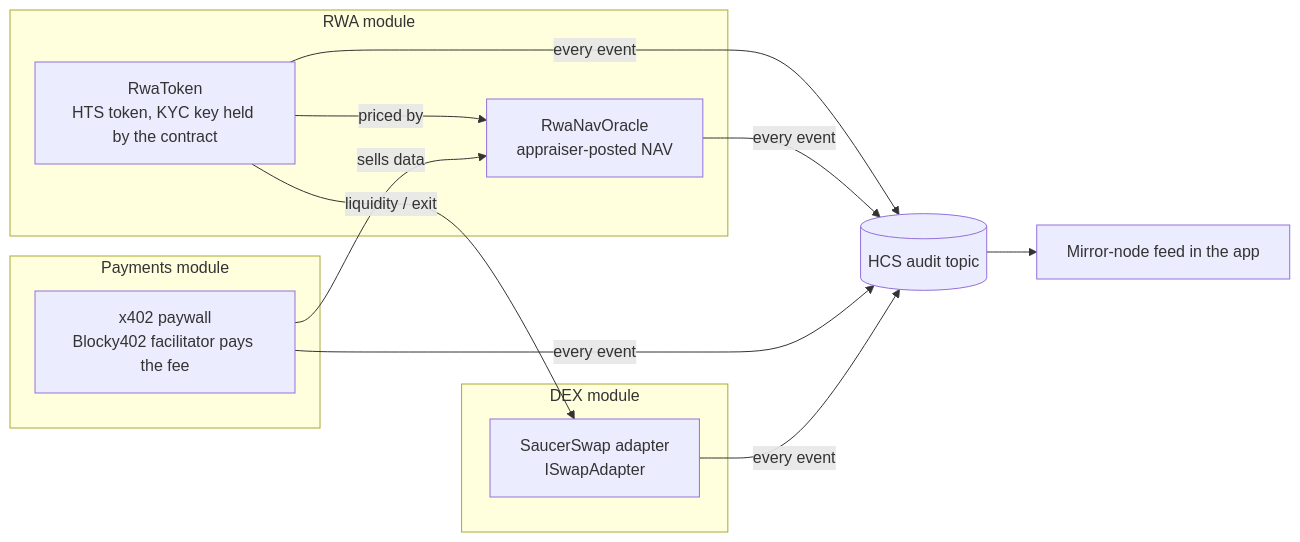
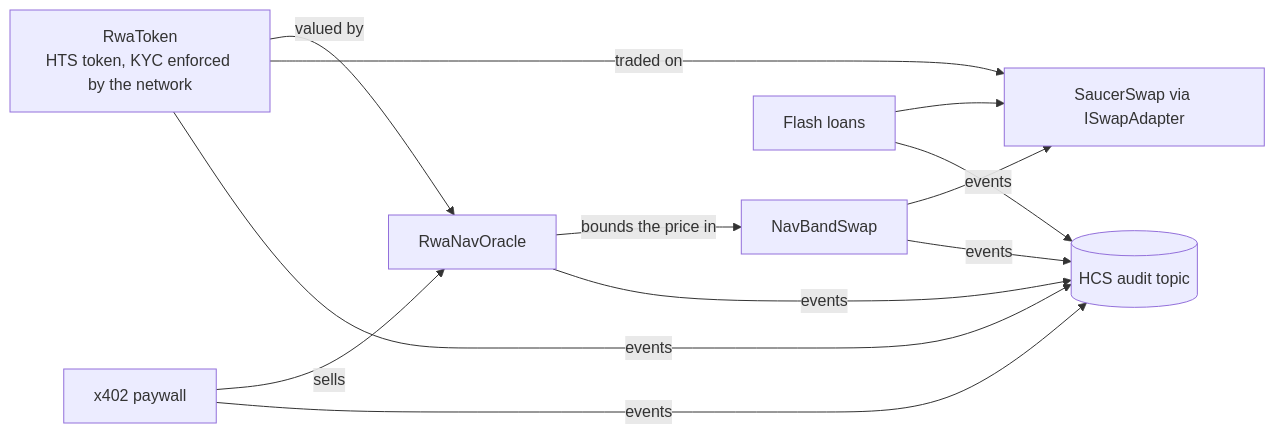
The diagram in README.md (ngempruy/ngempruy), drawn with Mermaid before and after one commit. The commit also changed other lines of this file, not shown here.

Commit message:
docs: concise README (what it is, quick start, modules, live testnet proof, configuration, architecture, Hedera notes)

````diff
--- a/README.md
+++ b/README.md
@@ -16,18 +13,10 @@
 ```mermaid
 flowchart LR
-  subgraph rwa [RWA module]
-    T[RwaToken<br/>HTS token, KYC key held by the contract]
-    N[RwaNavOracle<br/>appraiser-posted NAV]
-  end
-  subgraph pay [Payments module]
-    X[x402 paywall<br/>Blocky402 facilitator pays the fee]
-  end
-  subgraph dex [DEX module]
-    S[SaucerSwap adapter<br/>ISwapAdapter]
-  end
-  T -- priced by --> N
-  T -- liquidity / exit --> S
-  X -- sells data --> N
-  T & N & X & S -- every event --> H[(HCS audit topic)]
-  H --> UI[Mirror-node feed in the app]
+  T[RwaToken<br/>HTS token, KYC enforced by the network] -- valued by --> N[RwaNavOracle]
+  T -- traded on --> S[SaucerSwap via ISwapAdapter]
+  N -- bounds the price in --> G[NavBandSwap]
+  G --> S
+  X[x402 paywall] -- sells --> N
+  F[Flash loans] --> S
+  T & N & G & X & F -- events --> H[(HCS audit topic)]
 ```
````
